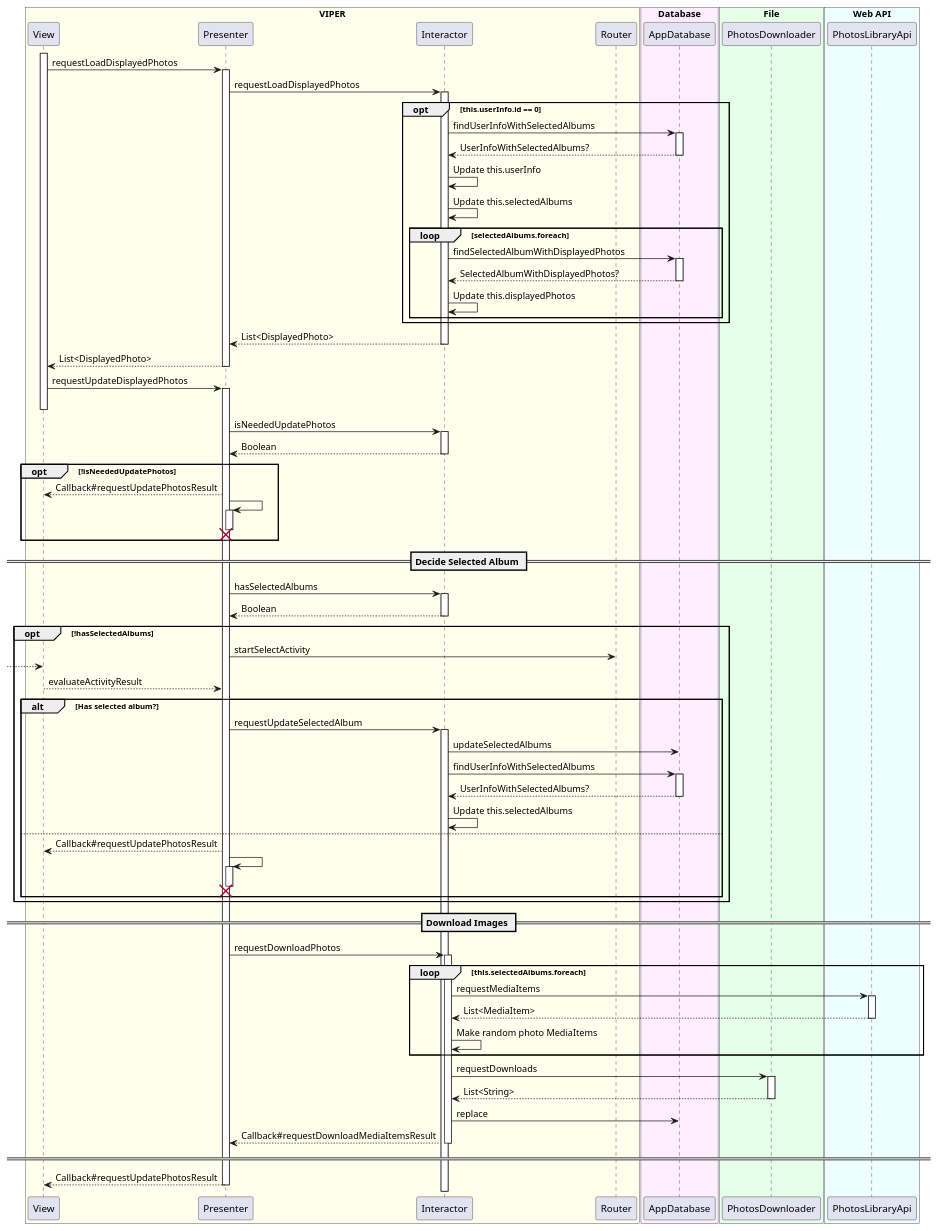
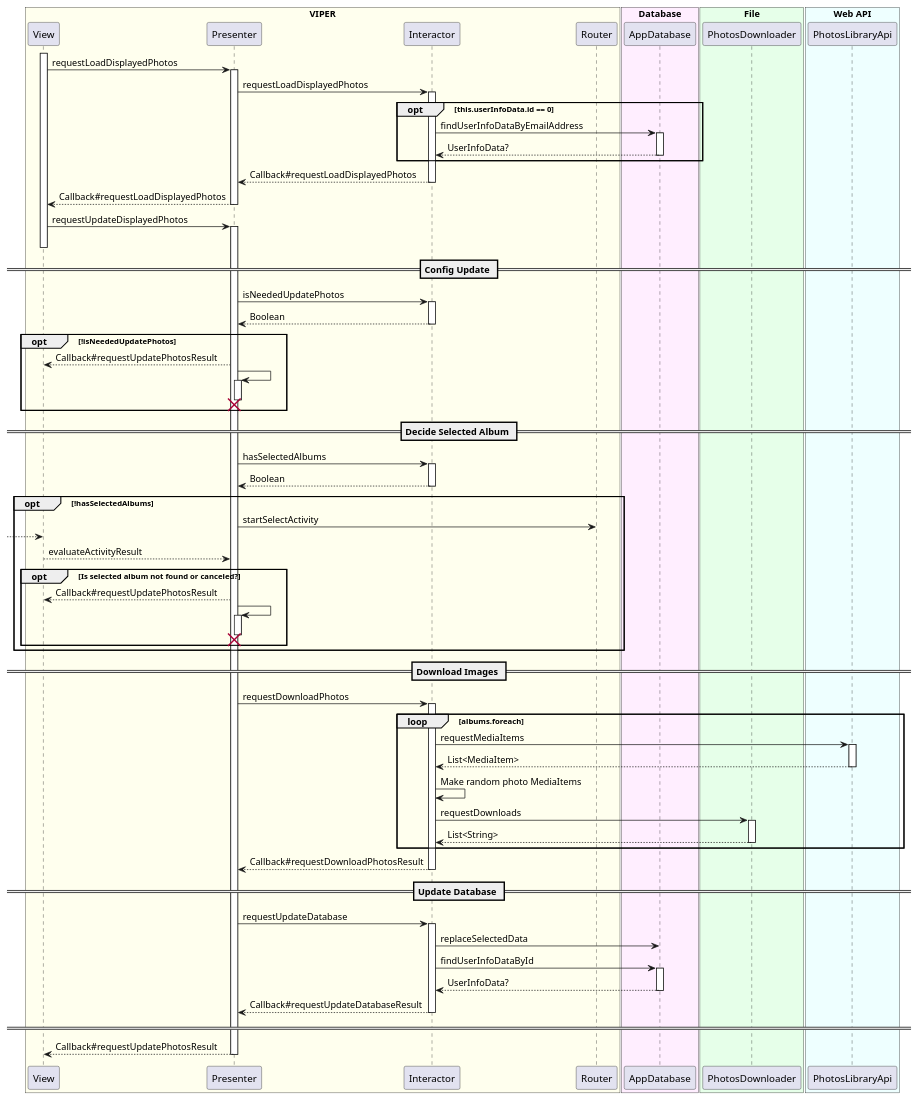
The diagram in uml/main/sequence_diagram_main_bk.md (sallyluenoa/PhotoSlideShow), drawn with PlantUML before and after one commit. The commit also changed 5 other files, not shown here.

First line of the commit message:
Write UML for design #13

```diff
--- a/uml/main/sequence_diagram_main_bk.md
+++ b/uml/main/sequence_diagram_main_bk.md
@@ -22,24 +22,18 @@
 View -> Presenter++: requestLoadDisplayedPhotos
   Presenter -> Interactor++: requestLoadDisplayedPhotos
 
-  opt this.userInfo.id == 0
-    Interactor -> AppDatabase++: findUserInfoWithSelectedAlbums
-    return UserInfoWithSelectedAlbums?
-    Interactor -> Interactor: Update this.userInfo
-    Interactor -> Interactor: Update this.selectedAlbums
-
-    loop selectedAlbums.foreach
-      Interactor -> AppDatabase++: findSelectedAlbumWithDisplayedPhotos
-      return SelectedAlbumWithDisplayedPhotos?
-      Interactor -> Interactor: Update this.displayedPhotos
-    end
+  opt this.userInfoData.id == 0
+    Interactor -> AppDatabase++: findUserInfoDataByEmailAddress
+    return UserInfoData?
   end
 
-  return List<DisplayedPhoto>
-return List<DisplayedPhoto>
+  return Callback#requestLoadDisplayedPhotos
+return Callback#requestLoadDisplayedPhotos
 
 View -> Presenter++: requestUpdateDisplayedPhotos
 View--
+
+== Config Update ==
 
 Presenter -> Interactor++: isNeededUpdatePhotos
 return Boolean
@@ -60,13 +54,7 @@
   [--> View
   View --> Presenter: evaluateActivityResult
 
-  alt Has selected album?
-    Presenter -> Interactor++: requestUpdateSelectedAlbum
-    Interactor -> AppDatabase: updateSelectedAlbums
-    Interactor -> AppDatabase++: findUserInfoWithSelectedAlbums
-    return UserInfoWithSelectedAlbums?
-    Interactor -> Interactor: Update this.selectedAlbums
-  else
+  opt Is selected album not found or canceled?
     View <-- Presenter: Callback#requestUpdatePhotosResult
     Presenter -> Presenter++
     destroy Presenter
@@ -77,18 +65,25 @@
 
 Presenter -> Interactor++: requestDownloadPhotos
 
-  loop this.selectedAlbums.foreach
+  loop albums.foreach
     Interactor -> PhotosLibraryApi++: requestMediaItems
     return List<MediaItem>
+
     Interactor -> Interactor: Make random photo MediaItems
+
+    Interactor -> PhotosDownloader++: requestDownloads
+    return List<String>
   end
 
-  Interactor -> PhotosDownloader++: requestDownloads
-  return List<String>
+return Callback#requestDownloadPhotosResult
 
-  Interactor -> AppDatabase: replace
+== Update Database ==
 
-Presenter <-- Interactor--: Callback#requestDownloadMediaItemsResult
+Presenter -> Interactor++: requestUpdateDatabase
+  Interactor -> AppDatabase: replaceSelectedData
+  Interactor -> AppDatabase++: findUserInfoDataById
+  return UserInfoData?
+return Callback#requestUpdateDatabaseResult
 
 ====
 
```
